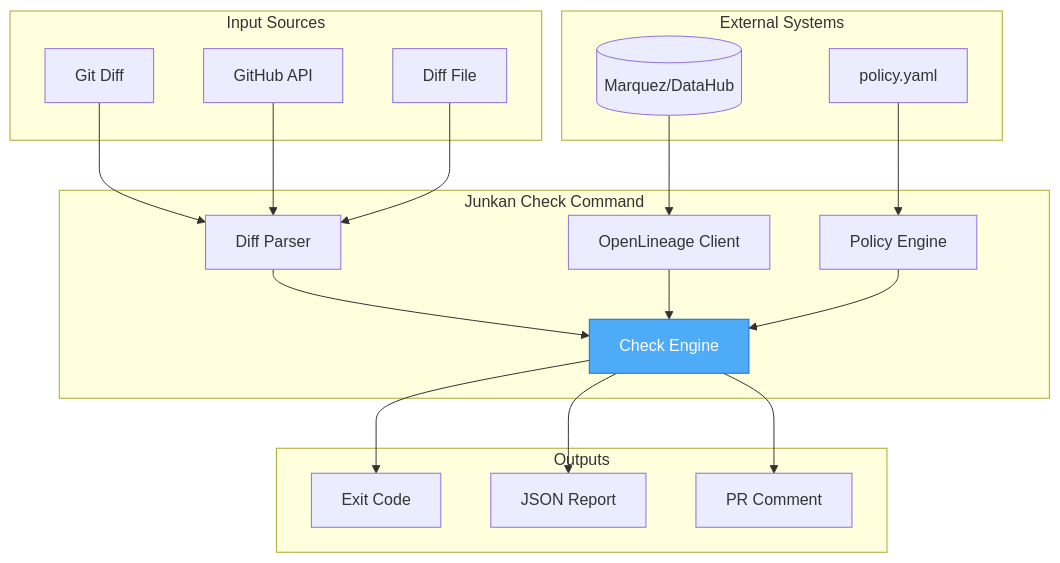
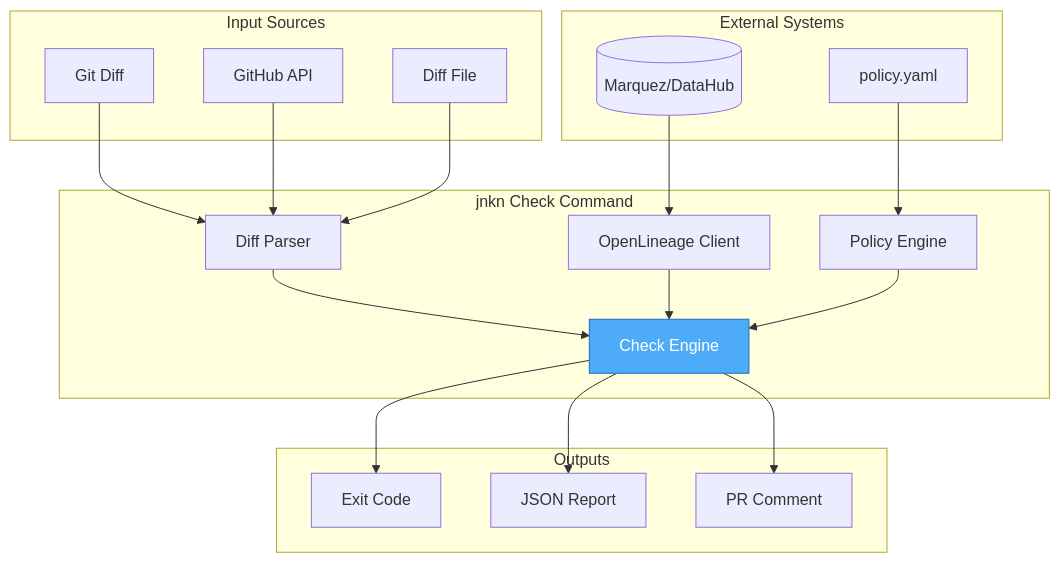
One commit to bordumb/junkan changed the second of 7 diagrams in docs/cicd_date/design.md. Above: the diagram before and after it, drawn with Mermaid. The commit also changed other lines of this file and 157 other files, not shown here.

````diff
--- a/docs/cicd_date/design.md
+++ b/docs/cicd_date/design.md
@@ -169,43 +169,43 @@
 ```mermaid
 graph TB
     subgraph "Input Sources"
         GIT[Git Diff]
         GITHUB[GitHub API]
         FILE[Diff File]
     end
     
-    subgraph "Junkan Check Command"
+    subgraph "jnkn Check Command"
         PARSER[Diff Parser]
         ENGINE[Check Engine]
         POLICY_ENGINE[Policy Engine]
         OL_CLIENT[OpenLineage Client]
     end
     
     subgraph "External Systems"
         MARQUEZ[(Marquez/DataHub)]
         POLICY_FILE[policy.yaml]
     end
     
     subgraph "Outputs"
         EXIT[Exit Code]
         REPORT[JSON Report]
         MARKDOWN[PR Comment]
     end
     
     GIT --> PARSER
     GITHUB --> PARSER
     FILE --> PARSER
     
     PARSER --> ENGINE
     OL_CLIENT --> ENGINE
     POLICY_ENGINE --> ENGINE
     
     MARQUEZ --> OL_CLIENT
     POLICY_FILE --> POLICY_ENGINE
     
     ENGINE --> EXIT
     ENGINE --> REPORT
     ENGINE --> MARKDOWN
     
     style ENGINE fill:#4dabf7,stroke:#1971c2,color:#fff
 ```
````
